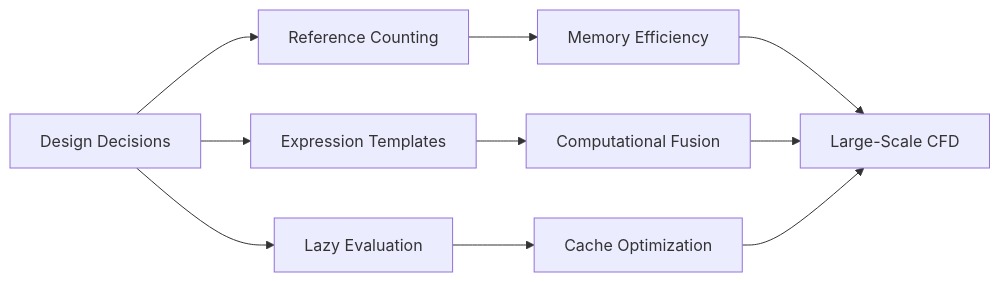
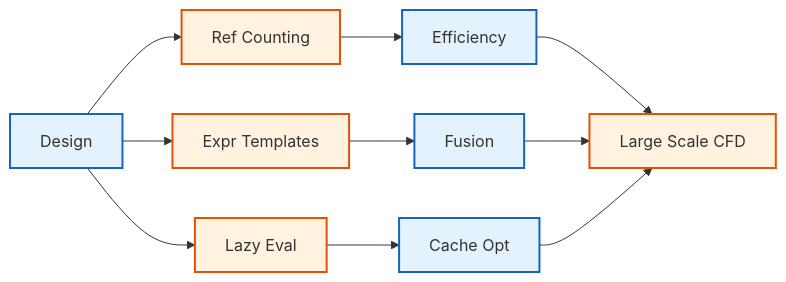
The third of 3 diagrams in MODULE_05_OPENFOAM_PROGRAMMING/CONTENT/05_FIELDS_GEOMETRICFIELDS/01_Introduction.md (wramet/build-my-cfd), drawn with Mermaid before and after one commit. The commit also changed other lines of this file and 313 other files, not shown here.

Commit message:
Revise all diagram

````diff
--- a/MODULE_05_OPENFOAM_PROGRAMMING/CONTENT/05_FIELDS_GEOMETRICFIELDS/01_Introduction.md
+++ b/MODULE_05_OPENFOAM_PROGRAMMING/CONTENT/05_FIELDS_GEOMETRICFIELDS/01_Introduction.md
@@ -219,14 +223,18 @@
 ```mermaid
 flowchart LR
-    A[Design Decisions] --> B[Reference Counting]
-    A --> C[Expression Templates]
-    A --> D[Lazy Evaluation]
+%% Classes
+classDef explicit fill:#fff3e0,stroke:#e65100,stroke-width:2px;
+classDef implicit fill:#e3f2fd,stroke:#1565c0,stroke-width:2px;
+%% Nodes
+A[Design]:::implicit --> B[Ref Counting]:::explicit
+A --> C[Expr Templates]:::explicit
+A --> D[Lazy Eval]:::explicit
 
-    B --> E[Memory Efficiency]
-    C --> F[Computational Fusion]
-    D --> G[Cache Optimization]
+B --> E[Efficiency]:::implicit
+C --> F[Fusion]:::implicit
+D --> G[Cache Opt]:::implicit
 
-    E --> H[Large-Scale CFD]
-    F --> H
-    G --> H
+E --> H[Large Scale CFD]:::explicit
+F --> H
+G --> H
 ```
````
